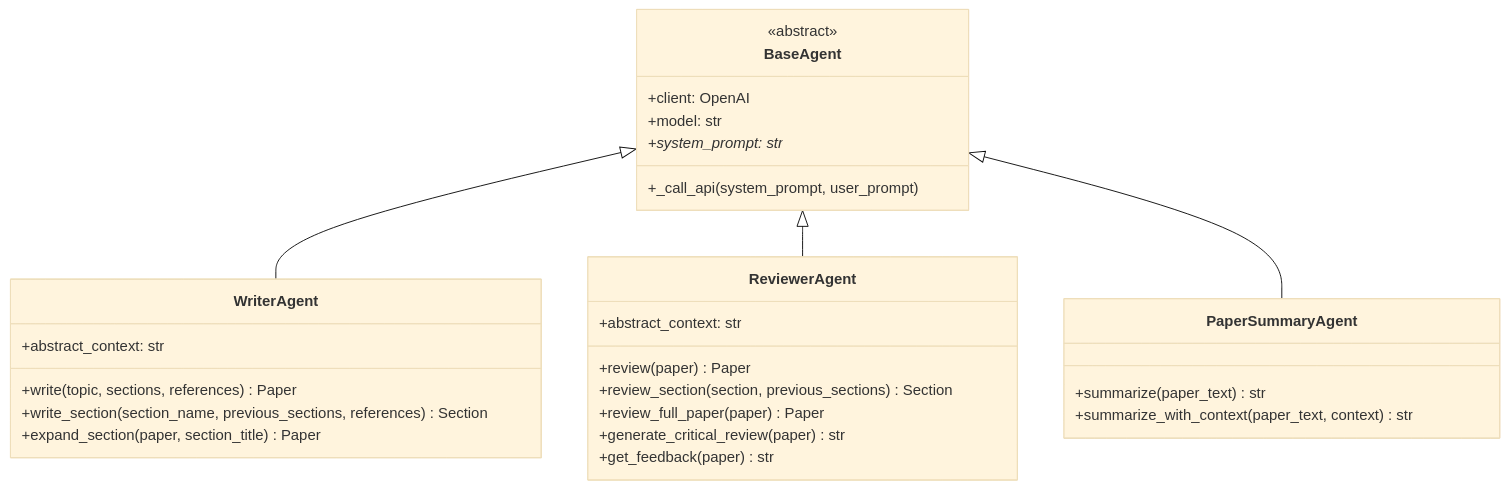
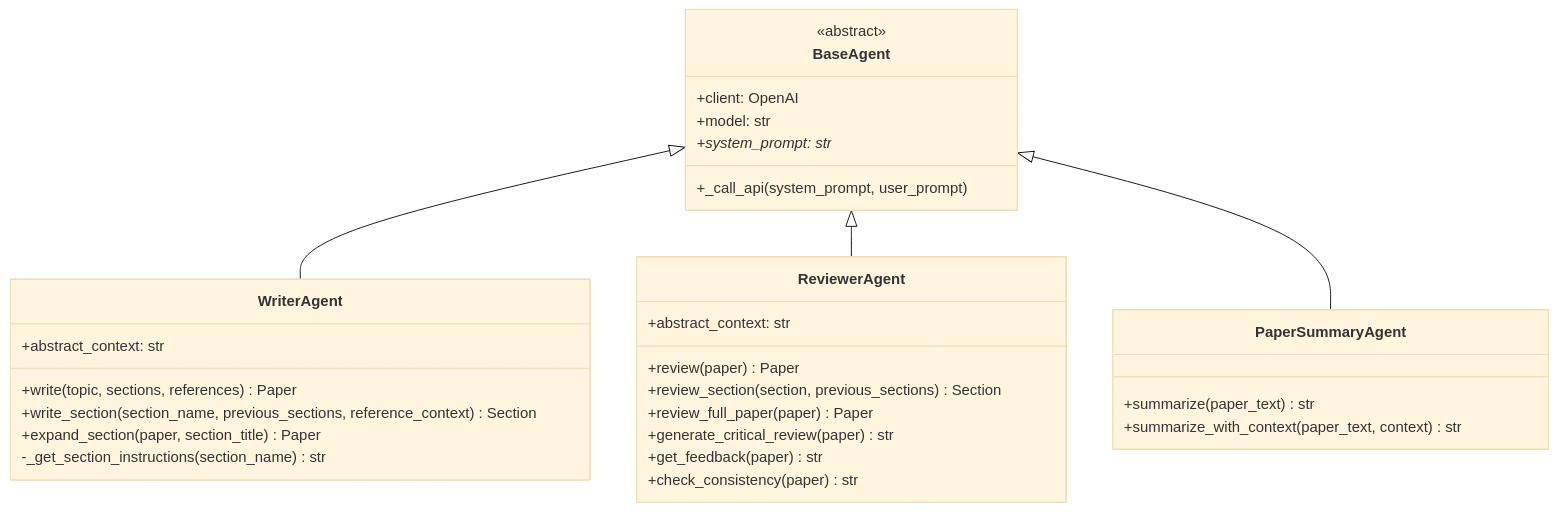
The third of 6 diagrams in docs/architecture.md (mikelval82/TheAiWriter), drawn with Mermaid (base theme) before and after one commit. The commit also changed other lines of this file and 5 other files, not shown here.

````diff
--- a/docs/architecture.md
+++ b/docs/architecture.md
@@ -98,35 +112,37 @@
 ```mermaid
 classDiagram
     class BaseAgent {
         <<abstract>>
         +client: OpenAI
         +model: str
         +_call_api(system_prompt, user_prompt)
         +system_prompt: str*
     }
     
     class WriterAgent {
         +abstract_context: str
         +write(topic, sections, references) Paper
-        +write_section(section_name, previous_sections, references) Section
+        +write_section(section_name, previous_sections, reference_context) Section
         +expand_section(paper, section_title) Paper
+        -_get_section_instructions(section_name) str
     }
     
     class ReviewerAgent {
         +abstract_context: str
         +review(paper) Paper
         +review_section(section, previous_sections) Section
         +review_full_paper(paper) Paper
         +generate_critical_review(paper) str
         +get_feedback(paper) str
+        +check_consistency(paper) str
     }
     
     class PaperSummaryAgent {
         +summarize(paper_text) str
         +summarize_with_context(paper_text, context) str
     }
     
     BaseAgent <|-- WriterAgent
     BaseAgent <|-- ReviewerAgent
     BaseAgent <|-- PaperSummaryAgent
 ```
````
